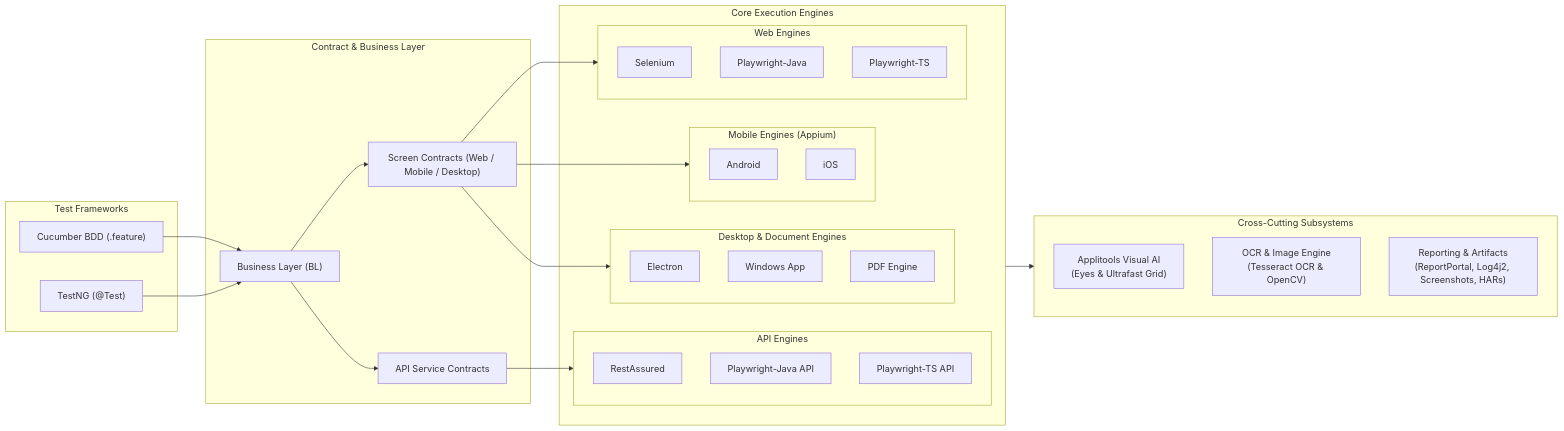
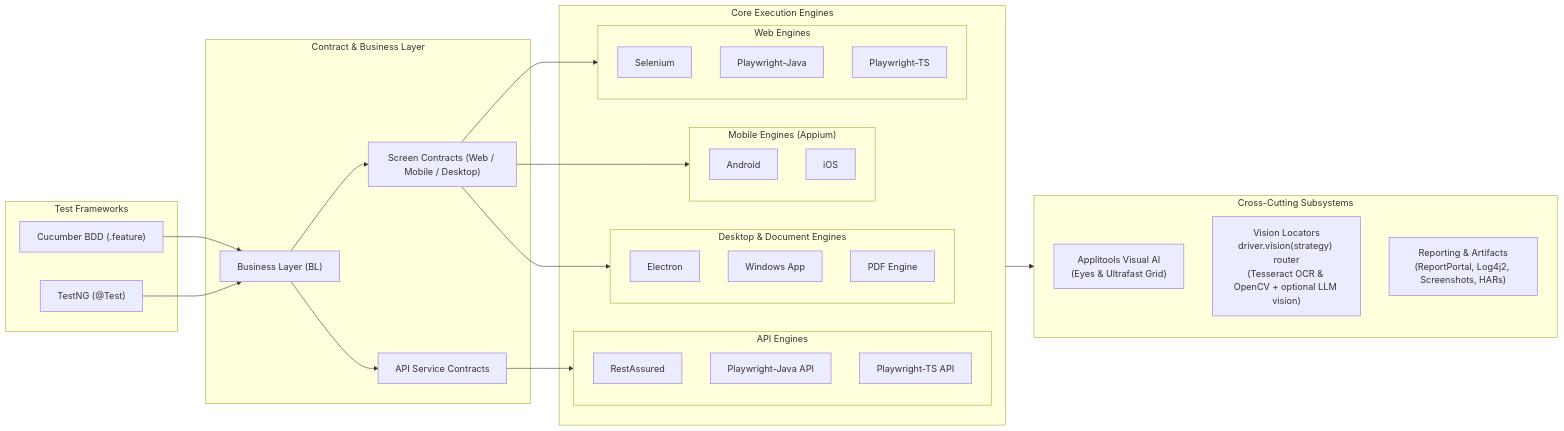
Before and after one commit to anandbagmar/teswiz: the second of 2 diagrams in README.md, drawn with Mermaid. The commit also changed other lines of this file and 145 other files, not shown here.

First line of the commit message:
Add LLM vision locator: providers, read-value API, configurable health-check (#41)

````diff
--- a/README.md
+++ b/README.md
@@ -191,53 +192,53 @@
 ```mermaid
 flowchart LR
     subgraph Frameworks["Test Frameworks"]
         CUC["Cucumber BDD (.feature)"]
         TNG["TestNG (@Test)"]
     end
 
     subgraph Layer["Contract & Business Layer"]
         BL["Business Layer (BL)"]
         SC["Screen Contracts (Web / Mobile / Desktop)"]
         API_SVC["API Service Contracts"]
     end
 
     subgraph CoreEngines["Core Execution Engines"]
         subgraph WebEngines["Web Engines"]
             SEL["Selenium"]
             PWJ_W["Playwright-Java"]
             PWTS_W["Playwright-TS"]
         end
         subgraph MobileEngines["Mobile Engines (Appium)"]
             APP_AND["Android"]
             APP_IOS["iOS"]
         end
         subgraph ApiEngines["API Engines"]
             RA["RestAssured"]
             PWJ_A["Playwright-Java API"]
             PWTS_A["Playwright-TS API"]
         end
         subgraph DesktopEngines["Desktop & Document Engines"]
             ELE["Electron"]
             WIN["Windows App"]
             PDF["PDF Engine"]
         end
     end
 
     subgraph Subsystems["Cross-Cutting Subsystems"]
         VIS["Applitools Visual AI<br/>(Eyes & Ultrafast Grid)"]
-        OCR["OCR & Image Engine<br/>(Tesseract OCR & OpenCV)"]
+        OCR["Vision Locators<br/>driver.vision(strategy) router<br/>(Tesseract OCR & OpenCV + optional LLM vision)"]
         REP["Reporting & Artifacts<br/>(ReportPortal, Log4j2, Screenshots, HARs)"]
     end
 
     CUC --> BL
     TNG --> BL
     BL --> SC
     BL --> API_SVC
 
     SC --> WebEngines
     SC --> MobileEngines
     SC --> DesktopEngines
     API_SVC --> ApiEngines
 
     CoreEngines --> Subsystems
 ```
````
